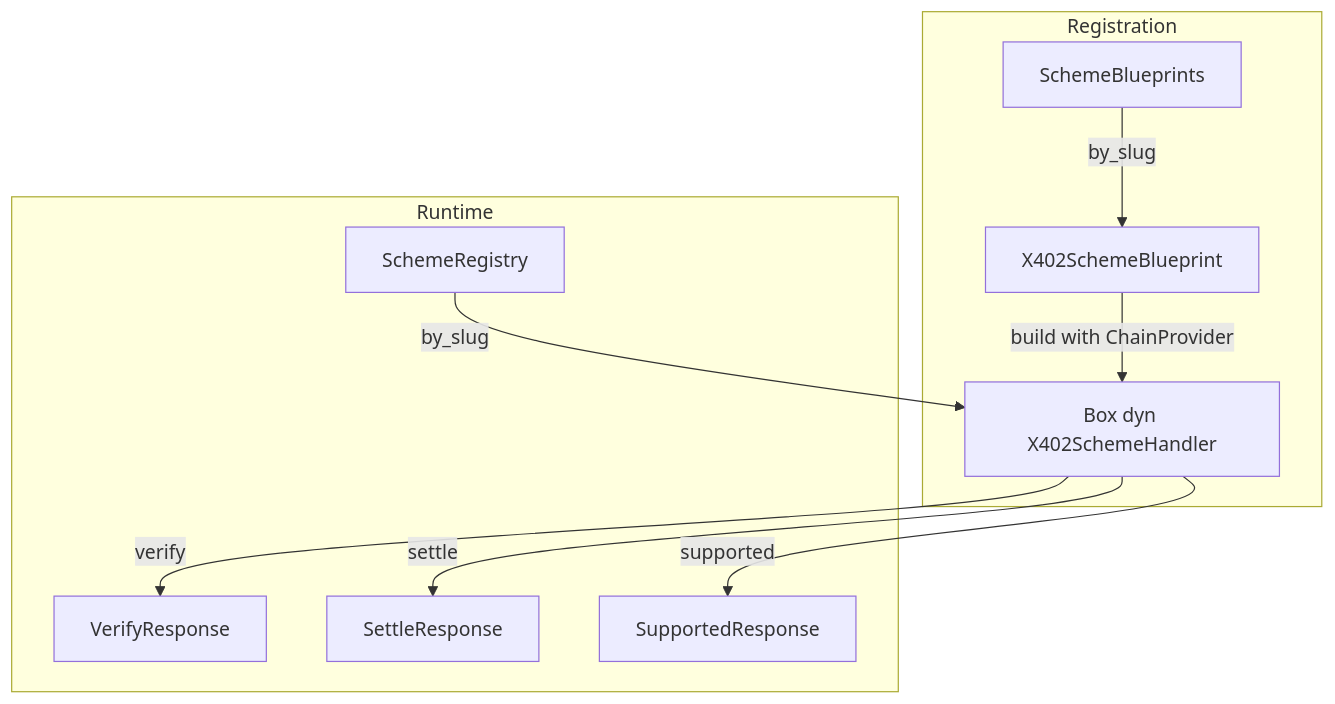
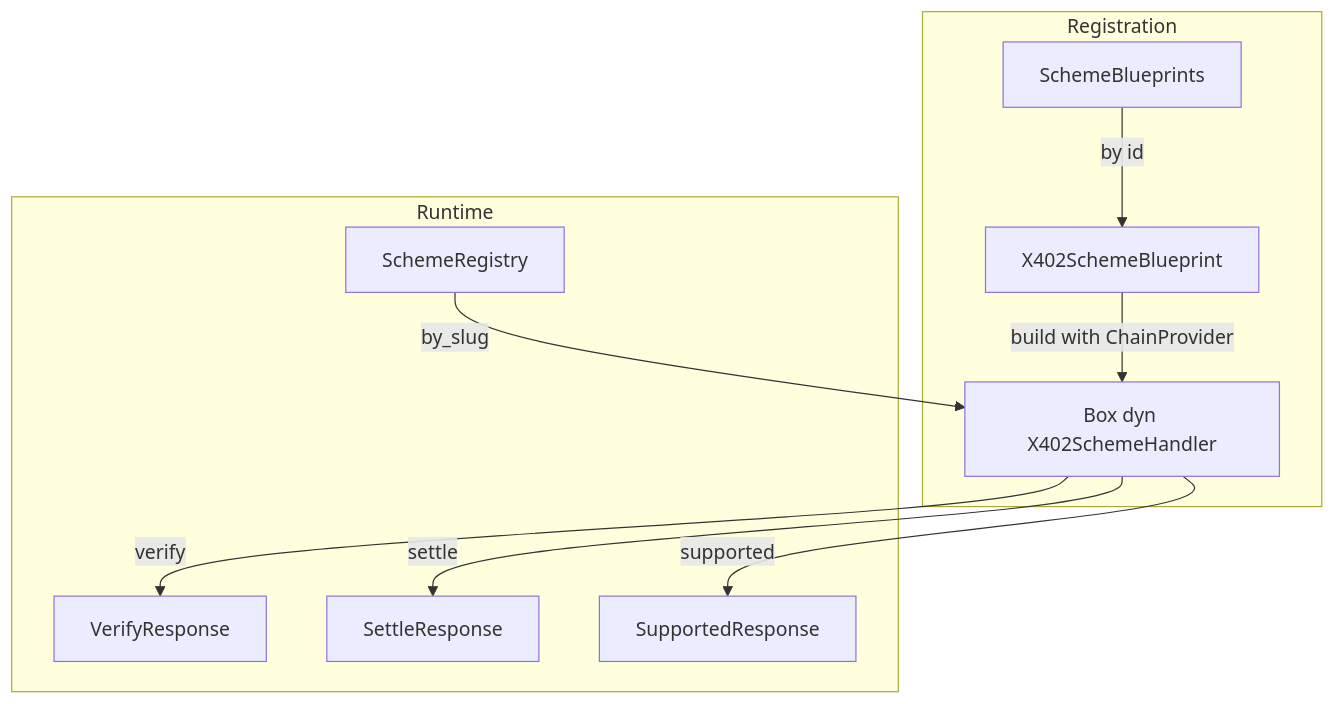
One commit to x402-rs/x402-rs changed the diagram in docs/how-to-write-a-scheme.md. Above: the diagram before and after it, drawn with Mermaid. The commit also changed other lines of this file and 3 other files, not shown here.

````diff
--- a/docs/how-to-write-a-scheme.md
+++ b/docs/how-to-write-a-scheme.md
@@ -26,14 +26,14 @@
 ```mermaid
 flowchart TB
     subgraph Registration
-        SB[SchemeBlueprints] -->|by_slug| BP[X402SchemeBlueprint]
+        SB[SchemeBlueprints] -->|by id| BP[X402SchemeBlueprint]
         BP -->|build with ChainProvider| H[Box dyn X402SchemeHandler]
     end
     
     subgraph Runtime
         SR[SchemeRegistry] -->|by_slug| H
         H -->|verify| VR[VerifyResponse]
         H -->|settle| SR2[SettleResponse]
         H -->|supported| SPR[SupportedResponse]
     end
 ```
````
